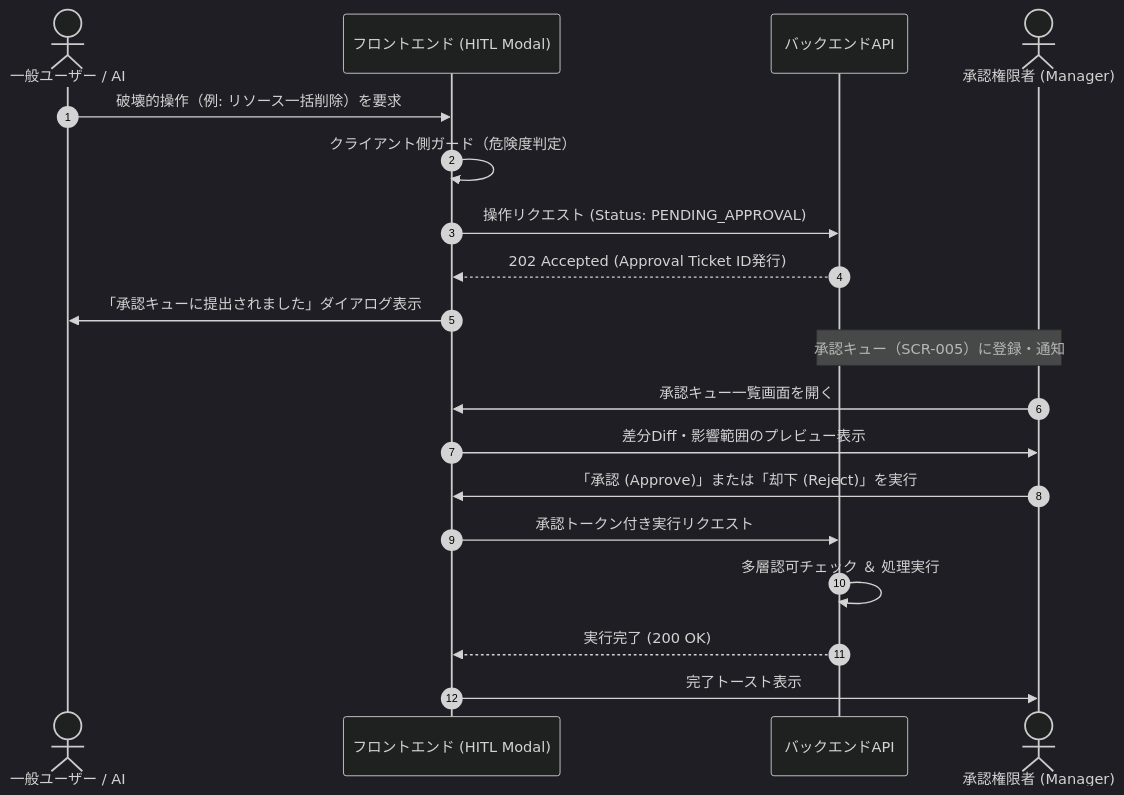
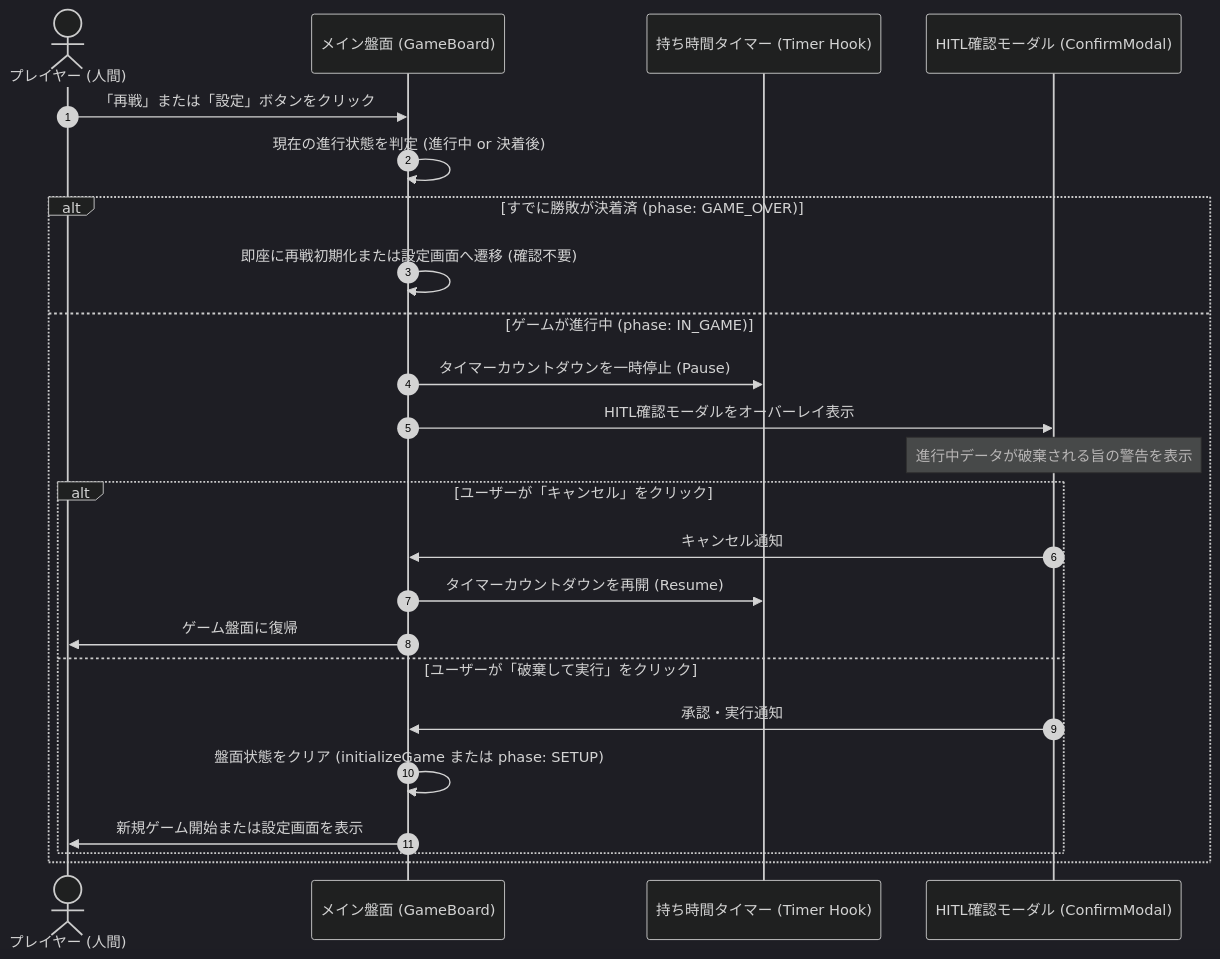
One commit to dandelion0016/algo changed the diagram in docs/design/frontend/hitl-flow.md. Above: the diagram before and after it, drawn with Mermaid (dark theme). The commit also changed other lines of this file and 23 other files, not shown here.

````diff
--- a/docs/design/frontend/hitl-flow.md
+++ b/docs/design/frontend/hitl-flow.md
@@ -15,23 +16,29 @@
 ```mermaid
 sequenceDiagram
     autonumber
-    actor User as 一般ユーザー / AI
-    participant UI as フロントエンド (HITL Modal)
-    participant API as バックエンドAPI
-    actor Approver as 承認権限者 (Manager)
+    actor User as プレイヤー (人間)
+    participant UI as メイン盤面 (GameBoard)
+    participant Timer as 持ち時間タイマー (Timer Hook)
+    participant Modal as HITL確認モーダル (ConfirmModal)
 
-    User->>UI: 破壊的操作（例: リソース一括削除）を要求
-    UI->>UI: クライアント側ガード（危険度判定）
-    UI->>API: 操作リクエスト (Status: PENDING_APPROVAL)
-    API-->>UI: 202 Accepted (Approval Ticket ID発行)
-    UI->>User: 「承認キューに提出されました」ダイアログ表示
+    User->>UI: 「再戦」または「設定」ボタンをクリック
+    UI->>UI: 現在の進行状態を判定 (進行中 or 決着後)
 
-    Note over API,Approver: 承認キュー（SCR-005）に登録・通知
-    Approver->>UI: 承認キュー一覧画面を開く
-    UI->>Approver: 差分Diff・影響範囲のプレビュー表示
-    Approver->>UI: 「承認 (Approve)」または「却下 (Reject)」を実行
-    UI->>API: 承認トークン付き実行リクエスト
-    API->>API: 多層認可チェック ＆ 処理実行
-    API-->>UI: 実行完了 (200 OK)
-    UI->>Approver: 完了トースト表示
+    alt すでに勝敗が決着済 (phase: GAME_OVER)
+        UI->>UI: 即座に再戦初期化または設定画面へ遷移 (確認不要)
+    else ゲームが進行中 (phase: IN_GAME)
+        UI->>Timer: タイマーカウントダウンを一時停止 (Pause)
+        UI->>Modal: HITL確認モーダルをオーバーレイ表示
+        Note over Modal: 進行中データが破棄される旨の警告を表示
+
+        alt ユーザーが「キャンセル」をクリック
+            Modal->>UI: キャンセル通知
+            UI->>Timer: タイマーカウントダウンを再開 (Resume)
+            UI->>User: ゲーム盤面に復帰
+        else ユーザーが「破棄して実行」をクリック
+            Modal->>UI: 承認・実行通知
+            UI->>UI: 盤面状態をクリア (initializeGame または phase: SETUP)
+            UI->>User: 新規ゲーム開始または設定画面を表示
+        end
+    end
 ```
````
